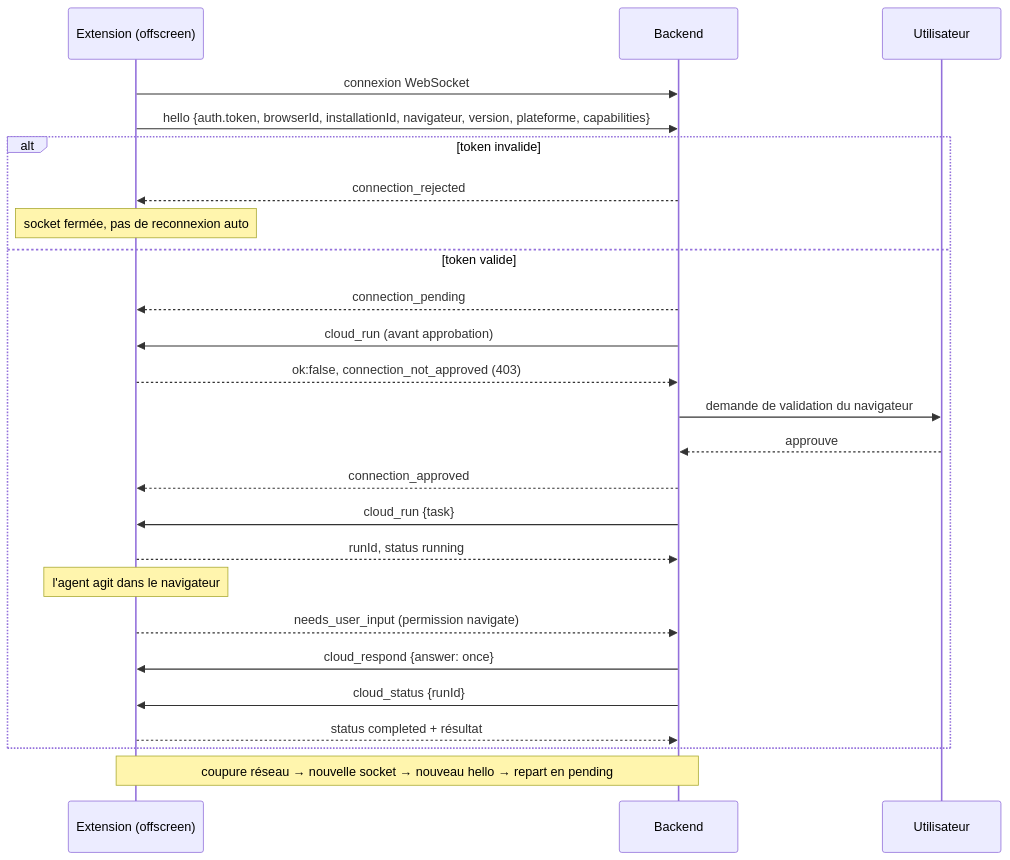
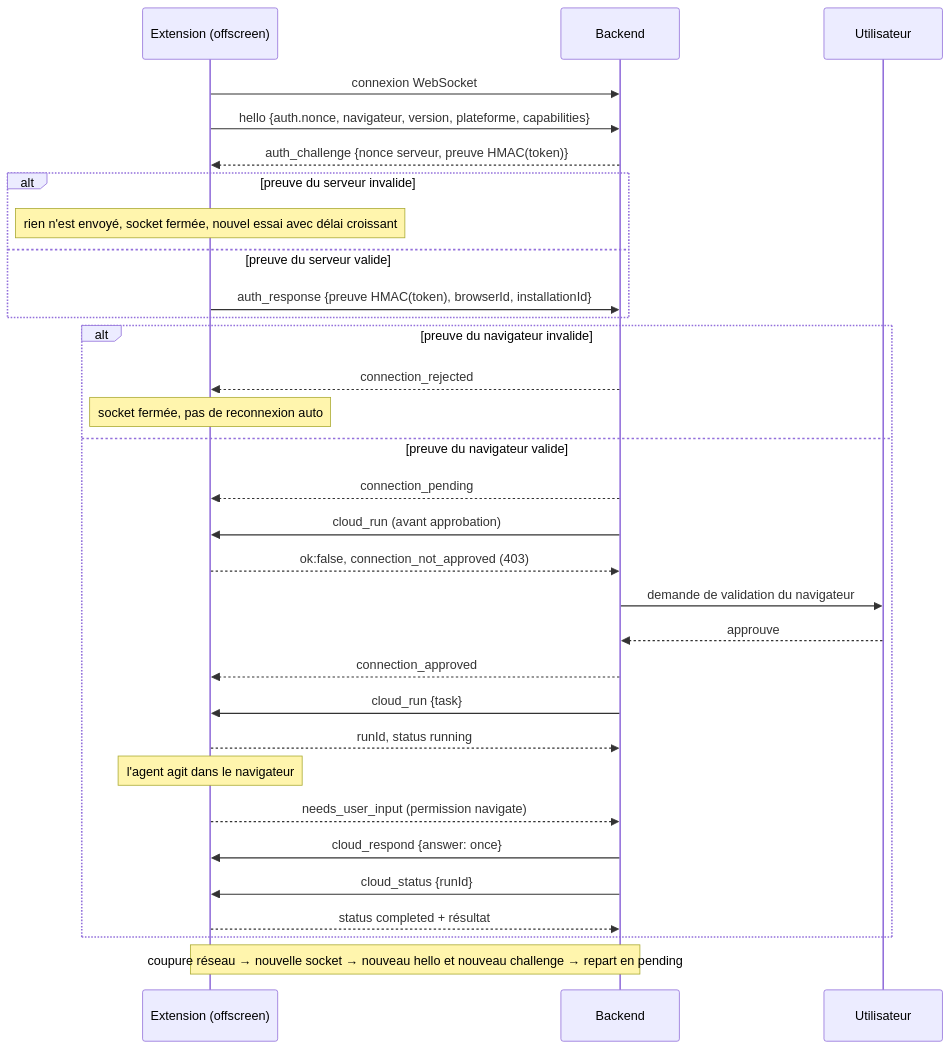
The second of 2 diagrams in docs/cloud-bridge-test-guide.fr.md (16Miku/webbrain), drawn with Mermaid before and after one commit. The commit also changed other lines of this file and 11 other files, not shown here.

````diff
--- a/docs/cloud-bridge-test-guide.fr.md
+++ b/docs/cloud-bridge-test-guide.fr.md
@@ -32,27 +32,33 @@
 ```mermaid
 sequenceDiagram
   participant E as Extension (offscreen)
   participant B as Backend
   participant U as Utilisateur
   E->>B: connexion WebSocket
-  E->>B: hello {auth.token, browserId, installationId, navigateur, version, plateforme, capabilities}
-  alt token invalide
+  E->>B: hello {auth.nonce, navigateur, version, plateforme, capabilities}
+  B-->>E: auth_challenge {nonce serveur, preuve HMAC(token)}
+  alt preuve du serveur invalide
+    Note over E: rien n'est envoyé, socket fermée, nouvel essai avec délai croissant
+  else preuve du serveur valide
+    E->>B: auth_response {preuve HMAC(token), browserId, installationId}
+  end
+  alt preuve du navigateur invalide
     B-->>E: connection_rejected
     Note over E: socket fermée, pas de reconnexion auto
-  else token valide
+  else preuve du navigateur valide
     B-->>E: connection_pending
     B->>E: cloud_run (avant approbation)
     E-->>B: ok:false, connection_not_approved (403)
     B->>U: demande de validation du navigateur
     U-->>B: approuve
     B-->>E: connection_approved
     B->>E: cloud_run {task}
     E-->>B: runId, status running
     Note over E: l'agent agit dans le navigateur
     E-->>B: needs_user_input (permission navigate)
     B->>E: cloud_respond {answer: once}
     B->>E: cloud_status {runId}
     E-->>B: status completed + résultat
   end
-  Note over E,B: coupure réseau → nouvelle socket → nouveau hello → repart en pending
+  Note over E,B: coupure réseau → nouvelle socket → nouveau hello et nouveau challenge → repart en pending
 ```
````
